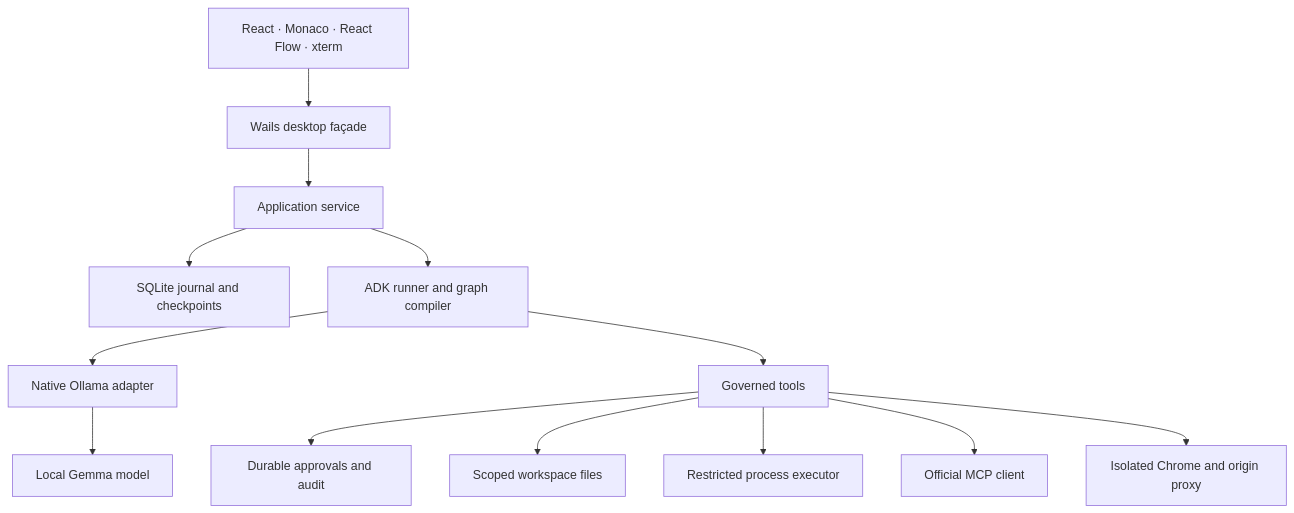
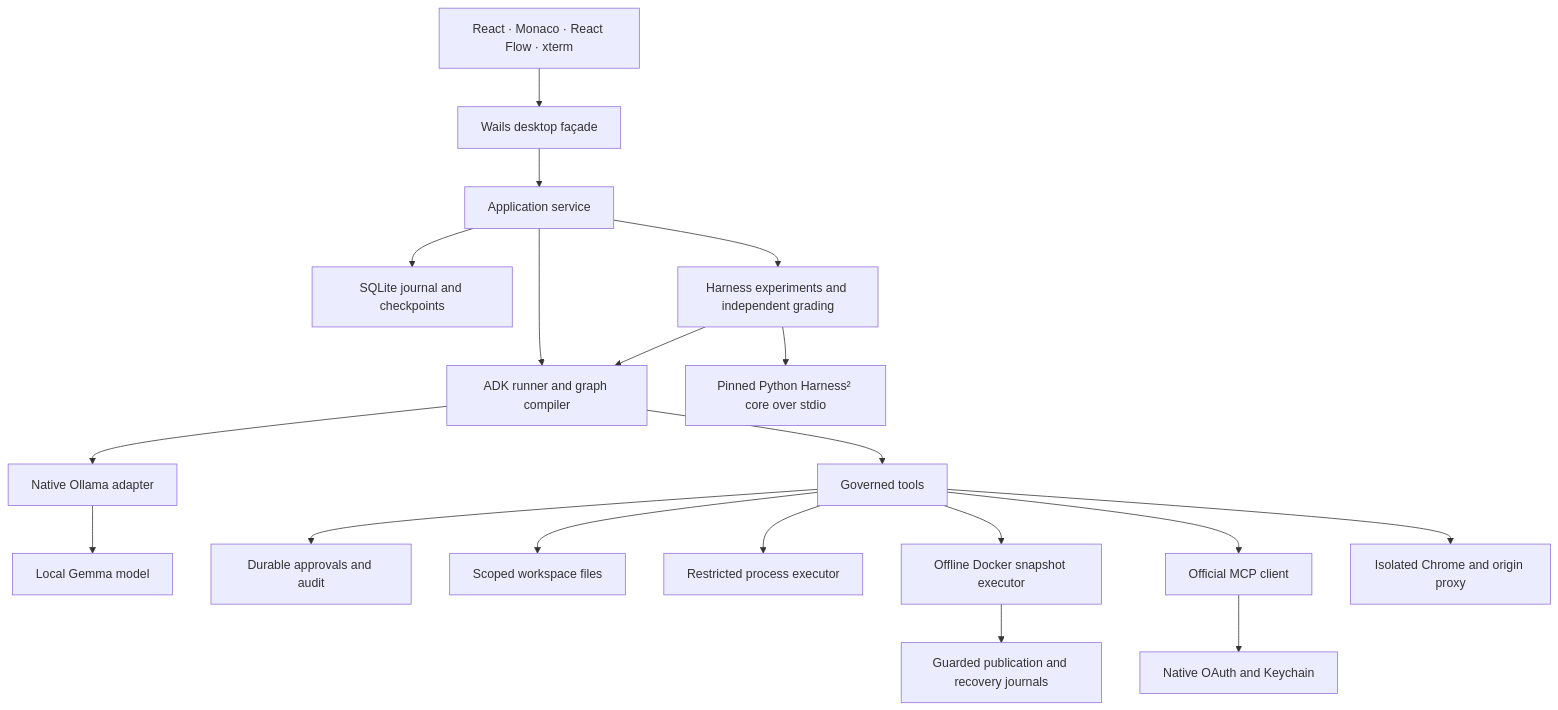
Before and after one commit to DanielMercado60660/GemmaDesktop: the diagram in docs/architecture.md, drawn with Mermaid. The commit also changed other lines of this file and 791 other files, not shown here.

````diff
--- a/docs/architecture.md
+++ b/docs/architecture.md
@@ -5,15 +5,21 @@
 ```mermaid
 flowchart TB
   UI[React · Monaco · React Flow · xterm] --> W[Wails desktop façade]
   W --> A[Application service]
   A --> DB[SQLite journal and checkpoints]
   A --> E[ADK runner and graph compiler]
   E --> O[Native Ollama adapter]
   O --> G[Local Gemma model]
   E --> T[Governed tools]
   T --> P[Durable approvals and audit]
   T --> F[Scoped workspace files]
   T --> S[Restricted process executor]
+  T --> D[Offline Docker snapshot executor]
+  D --> J[Guarded publication and recovery journals]
   T --> M[Official MCP client]
+  M --> K[Native OAuth and Keychain]
   T --> B[Isolated Chrome and origin proxy]
+  A --> H[Harness experiments and independent grading]
+  H --> E
+  H --> U[Pinned Python Harness² core over stdio]
 ```
````
